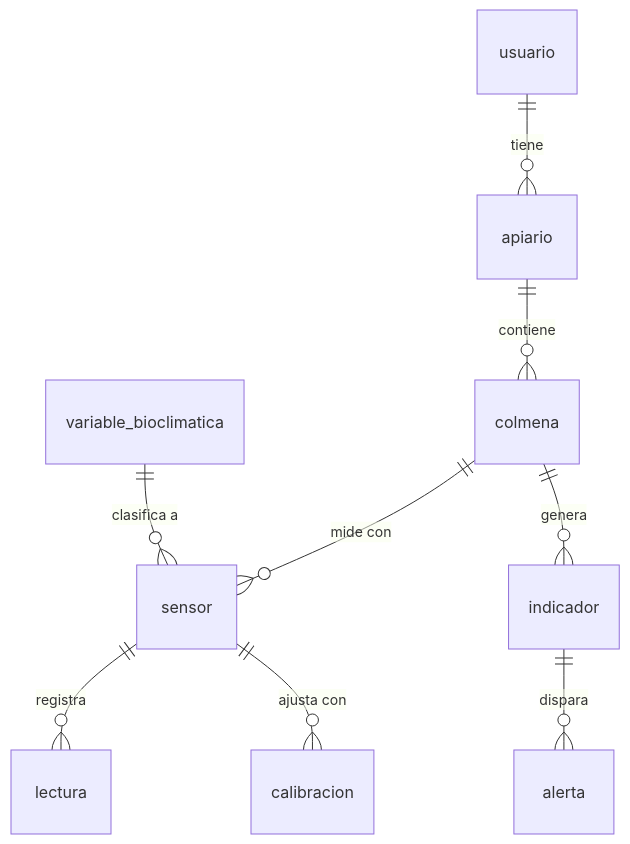
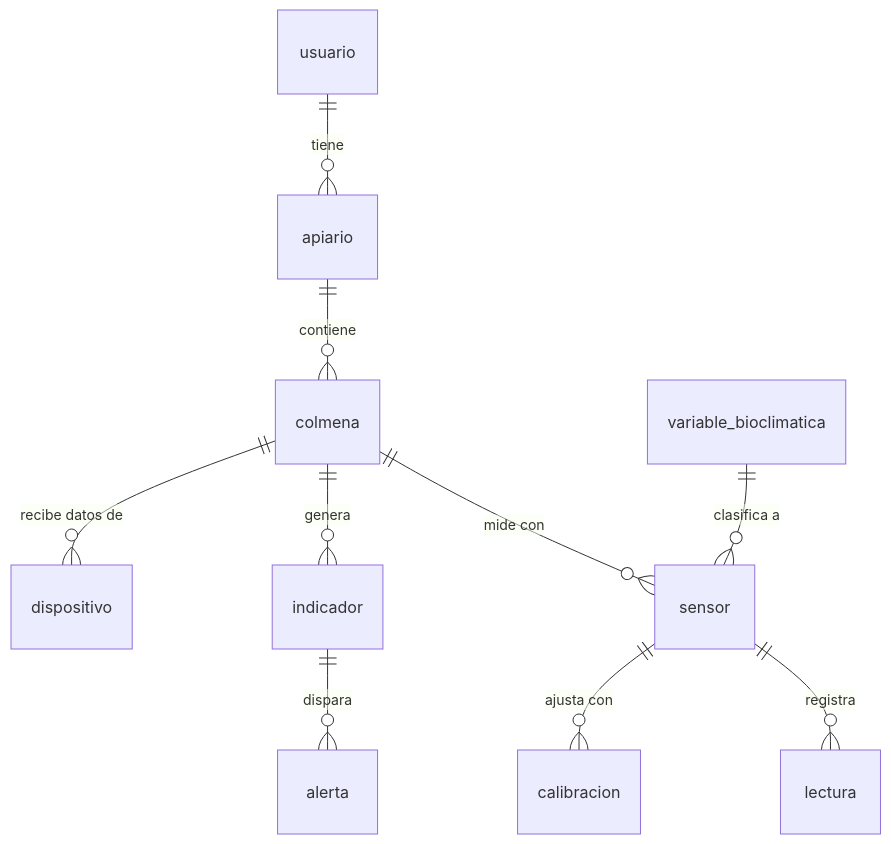
The second of 2 diagrams in README.md (jeronimoparra-ai/BeeStation_Sena), drawn with Mermaid before and after one commit. The commit also changed other lines of this file and 18 other files, not shown here.

````diff
--- a/README.md
+++ b/README.md
@@ -301,11 +312,12 @@
 ```mermaid
 erDiagram
     usuario ||--o{ apiario : tiene
     apiario ||--o{ colmena : contiene
     colmena ||--o{ sensor : "mide con"
     colmena ||--o{ indicador : "genera"
     variable_bioclimatica ||--o{ sensor : "clasifica a"
     sensor ||--o{ lectura : "registra"
     sensor ||--o{ calibracion : "ajusta con"
     indicador ||--o{ alerta : "dispara"
+    colmena ||--o{ dispositivo : "recibe datos de"
 ```
````
